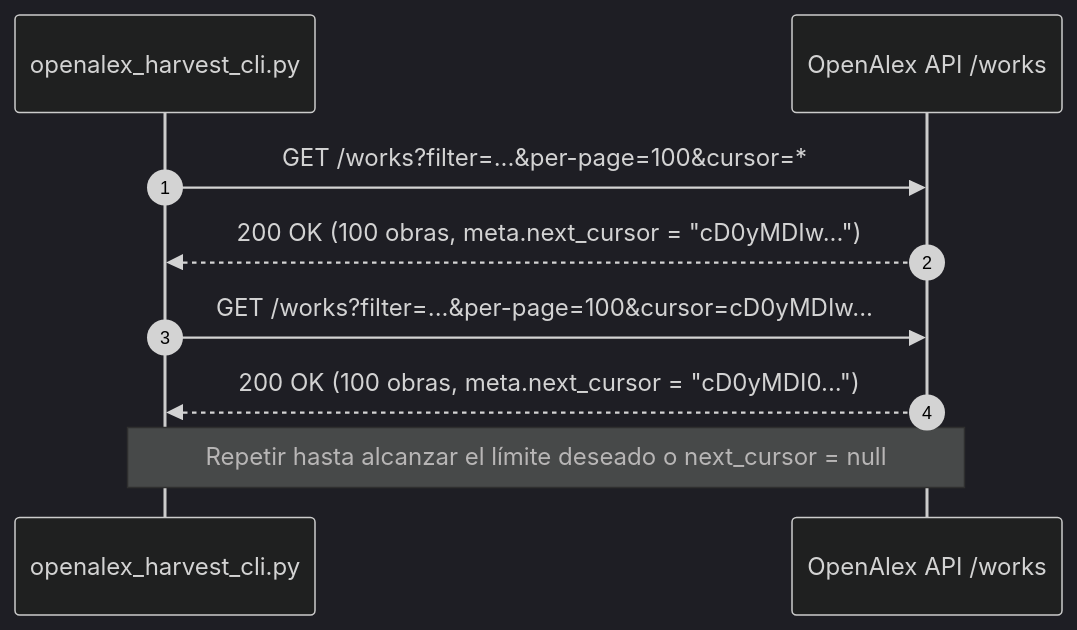
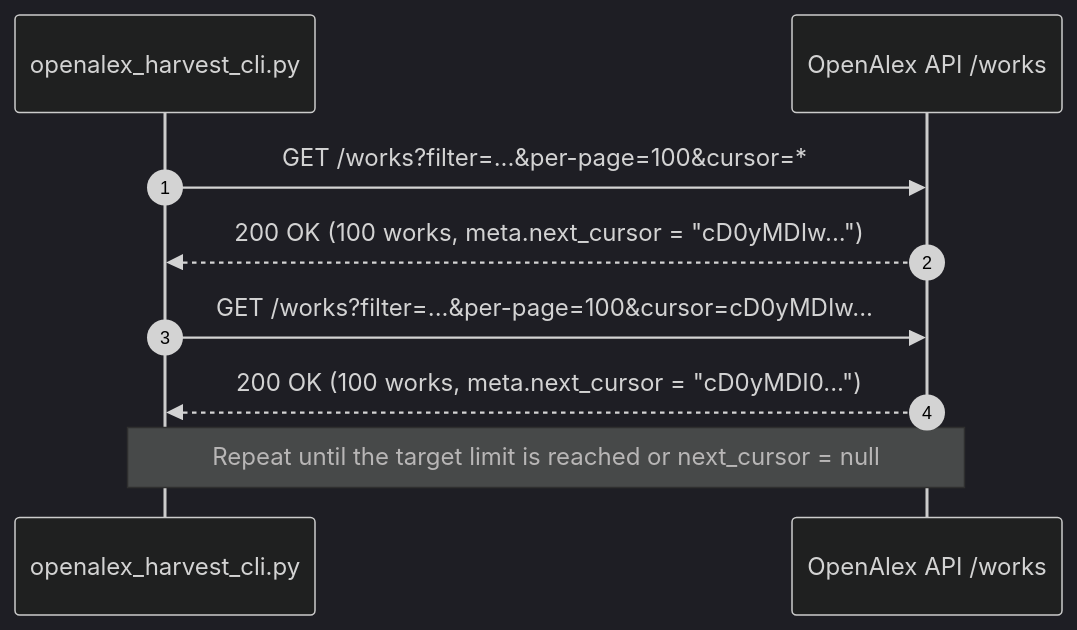
One commit to chilti/sos-mcp-services changed the diagram in .agents/skills/openalex-harvester/references/cursor_paging_guide.md. Above: the diagram before and after it, drawn with Mermaid (dark theme). The commit also changed other lines of this file and 129 other files, not shown here.

````diff
--- a/.agents/skills/openalex-harvester/references/cursor_paging_guide.md
+++ b/.agents/skills/openalex-harvester/references/cursor_paging_guide.md
@@ -9,11 +9,11 @@
 ```mermaid
 sequenceDiagram
     autonumber
     participant CLI as openalex_harvest_cli.py
     participant API as OpenAlex API /works
     CLI->>API: GET /works?filter=...&per-page=100&cursor=*
-    API-->>CLI: 200 OK (100 obras, meta.next_cursor = "cD0yMDIw...")
+    API-->>CLI: 200 OK (100 works, meta.next_cursor = "cD0yMDIw...")
     CLI->>API: GET /works?filter=...&per-page=100&cursor=cD0yMDIw...
-    API-->>CLI: 200 OK (100 obras, meta.next_cursor = "cD0yMDI0...")
-    Note over CLI,API: Repetir hasta alcanzar el límite deseado o next_cursor = null
+    API-->>CLI: 200 OK (100 works, meta.next_cursor = "cD0yMDI0...")
+    Note over CLI,API: Repeat until the target limit is reached or next_cursor = null
 ```
````
